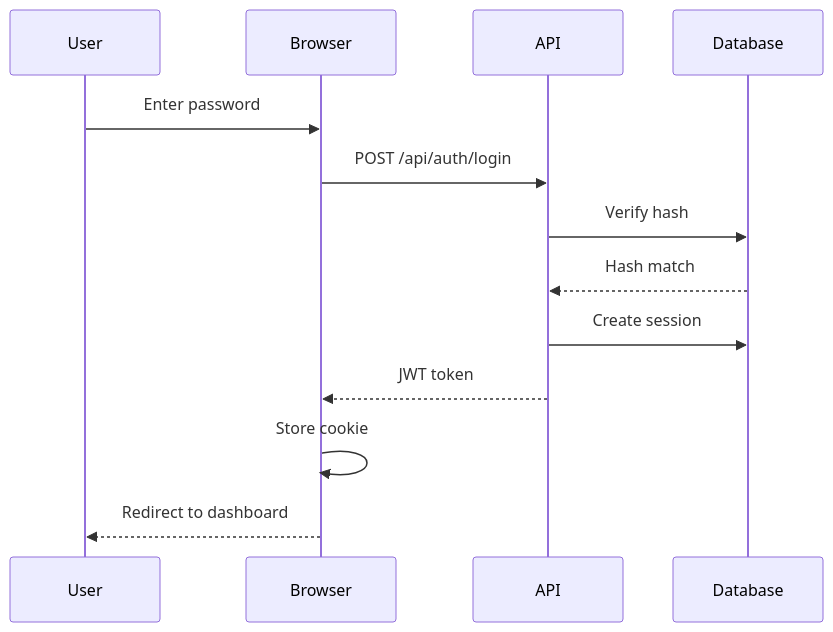
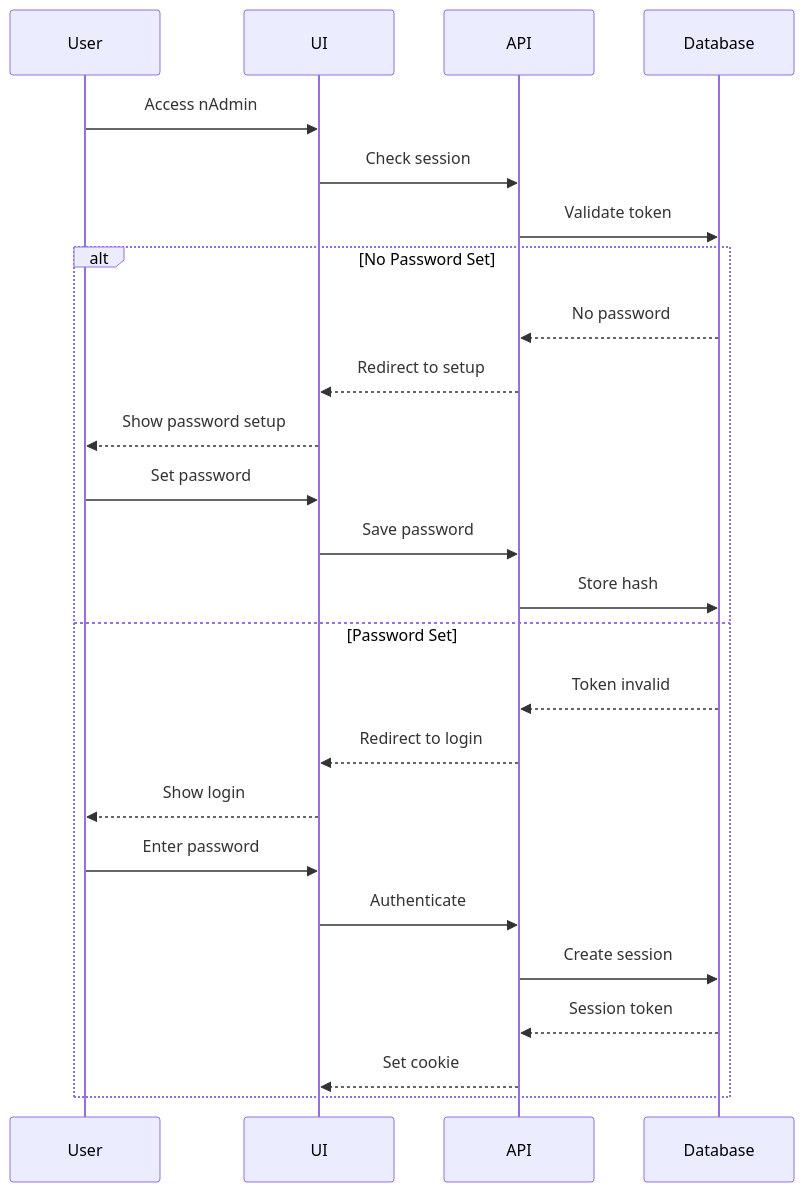
One commit to acamarata/nself-admin changed the second of 5 diagrams in docs/Architecture.md. Above: the diagram before and after it, drawn with Mermaid. The commit also changed other lines of this file and 9 other files, not shown here.

````diff
--- a/docs/Architecture.md
+++ b/docs/Architecture.md
@@ -138,16 +87,29 @@
 ```mermaid
 sequenceDiagram
     participant U as User
-    participant B as Browser
-    participant A as API
-    participant D as Database
+    participant UI as UI
+    participant API as API
+    participant DB as Database
 
-    U->>B: Enter password
-    B->>A: POST /api/auth/login
-    A->>D: Verify hash
-    D-->>A: Hash match
-    A->>D: Create session
-    A-->>B: JWT token
-    B->>B: Store cookie
-    B-->>U: Redirect to dashboard
+    U->>UI: Access nAdmin
+    UI->>API: Check session
+    API->>DB: Validate token
+
+    alt No Password Set
+        DB-->>API: No password
+        API-->>UI: Redirect to setup
+        UI-->>U: Show password setup
+        U->>UI: Set password
+        UI->>API: Save password
+        API->>DB: Store hash
+    else Password Set
+        DB-->>API: Token invalid
+        API-->>UI: Redirect to login
+        UI-->>U: Show login
+        U->>UI: Enter password
+        UI->>API: Authenticate
+        API->>DB: Create session
+        DB-->>API: Session token
+        API-->>UI: Set cookie
+    end
 ```
````
